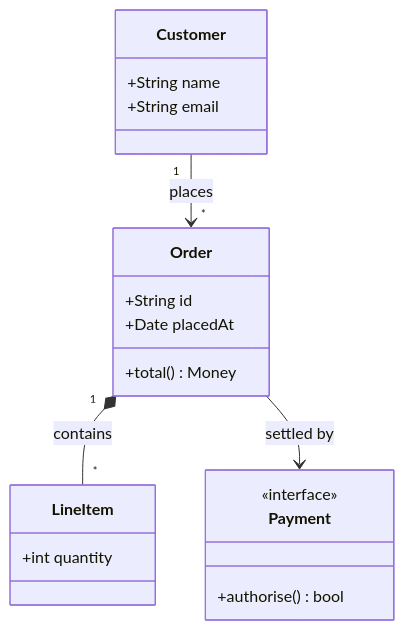
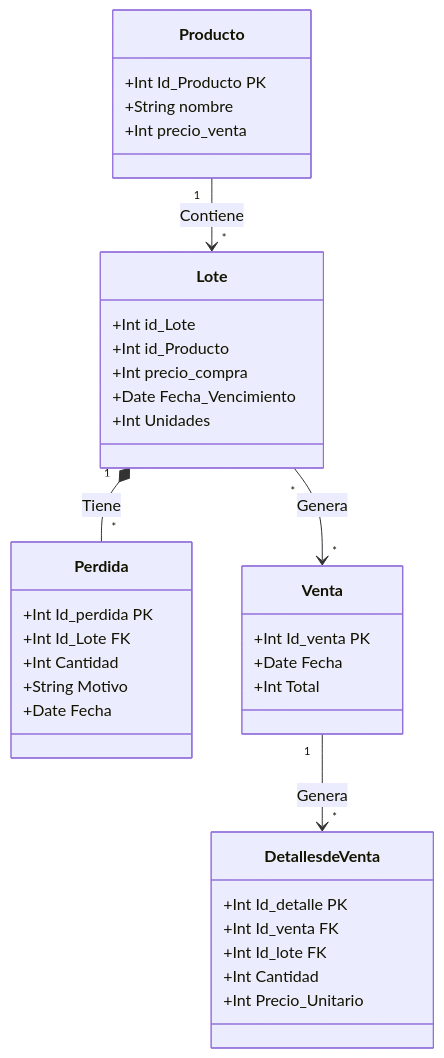
The diagram in README.md (CokkeDev/Mi-Negocio), drawn with Mermaid before and after one commit.

Commit message:
creación de diagrama de entidad relación

````diff
--- a/README.md
+++ b/README.md
@@ -39,26 +39,43 @@
 ```mermaid
 classDiagram
-  class Customer {
-    +String name
-    +String email
+  class Producto {
+    +Int Id_Producto PK
+    +String nombre
+    +Int precio_venta
   }
 
-  class Order {
-    +String id
-    +Date placedAt
-    +total() Money
+  class Lote {
+    +Int id_Lote
+    +Int id_Producto
+    +Int precio_compra
+    +Date Fecha_Vencimiento
+    +Int Unidades
   }
 
-  class LineItem {
-    +int quantity
+  class Perdida {
+    +Int Id_perdida PK
+    +Int Id_Lote FK
+    +Int Cantidad
+    +String Motivo
+    +Date Fecha
   }
 
-  class Payment {
-    <<interface>>
-    +authorise() bool
+  class Venta {
+    +Int Id_venta PK
+    +Date Fecha
+    +Int Total
   }
 
-  Customer "1" --> "*" Order : places
-  Order "1" *-- "*" LineItem : contains
-  Order --> Payment : settled by
+    class Detalles de Venta{
+    +Int Id_detalle PK
+    +Int Id_venta FK
+    +Int Id_lote FK
+    +Int Cantidad
+    +Int Precio_Unitario
+  }
+
+  Producto "1" --> "*" Lote : Contiene
+  Lote "1" *-- "*" Perdida : Tiene
+  Lote "*" --> "*" Venta : Genera
+  Venta "1" --> "*" Detalles de Venta : Genera
 ```
````
